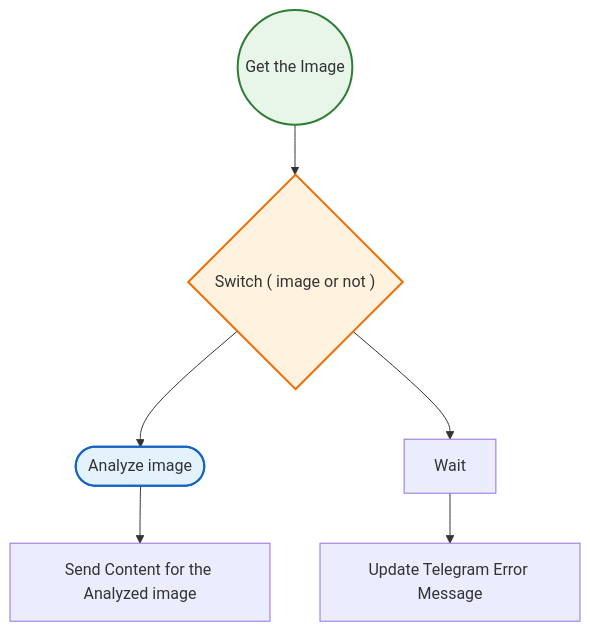
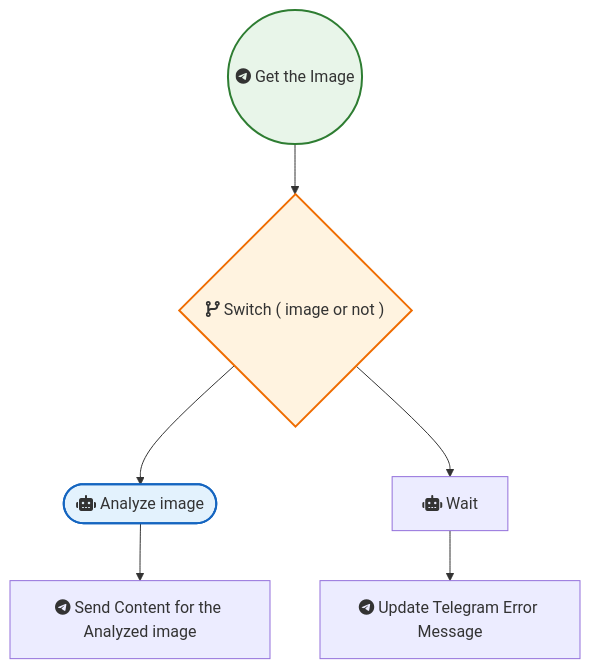
One commit to sreyash3105/N8N-DEMO-AUTOMATIONS changed the diagram in Telegram/Automated AI image analysis and response via Telegram.md. Above: the diagram before and after it, drawn with Mermaid. The commit also changed 291 other files, not shown here.

````diff
--- a/Telegram/Automated AI image analysis and response via Telegram.md
+++ b/Telegram/Automated AI image analysis and response via Telegram.md
@@ -1,19 +1,19 @@
 ```mermaid
 graph TD
     classDef trigger fill:#e8f5e9,stroke:#2e7d32,stroke-width:2px;
     classDef ai fill:#e3f2fd,stroke:#1565c0,stroke-width:2px;
     classDef logic fill:#fff3e0,stroke:#ef6c00,stroke-width:2px;
 
-    Get_the_Image(("Get the Image")):::trigger
-    Send_Content_for_the_Analyzed_image["Send Content for the Analyzed image"]
-    Update_Telegram_Error_Message["Update Telegram Error Message"]
-    Wait["Wait"]
-    Analyze_image(["Analyze image"]):::ai
-    Switch___image_or_not__{"Switch ( image or not )"}:::logic
+    Get_the_Image(("fab:fa-telegram Get the Image")):::trigger
+    Send_Content_for_the_Analyzed_image["fab:fa-telegram Send Content for the Analyzed image"]
+    Update_Telegram_Error_Message["fab:fa-telegram Update Telegram Error Message"]
+    Wait["fas:fa-robot Wait"]
+    Analyze_image(["fas:fa-robot Analyze image"]):::ai
+    Switch___image_or_not__{"fas:fa-code-branch Switch ( image or not )"}:::logic
 
     Wait --> Update_Telegram_Error_Message
     Analyze_image --> Send_Content_for_the_Analyzed_image
     Get_the_Image --> Switch___image_or_not__
     Switch___image_or_not__ --> Analyze_image
     Switch___image_or_not__ --> Wait
 ```
````
